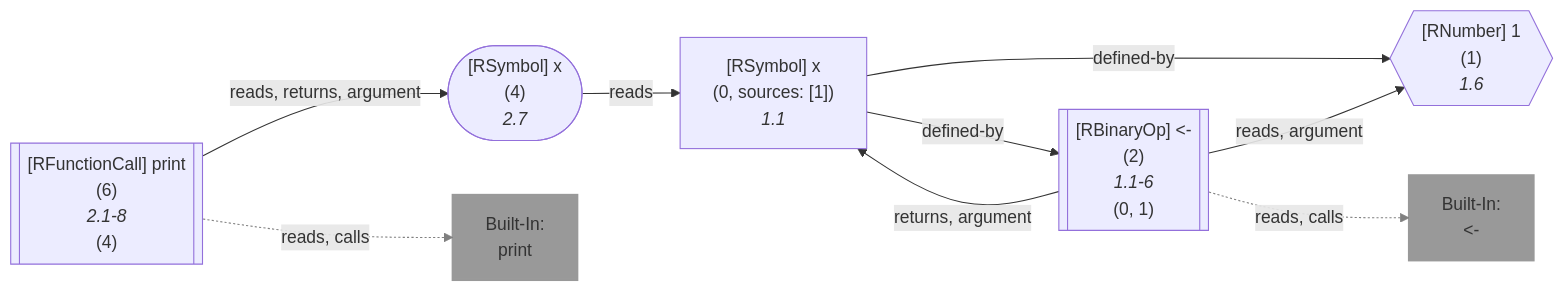
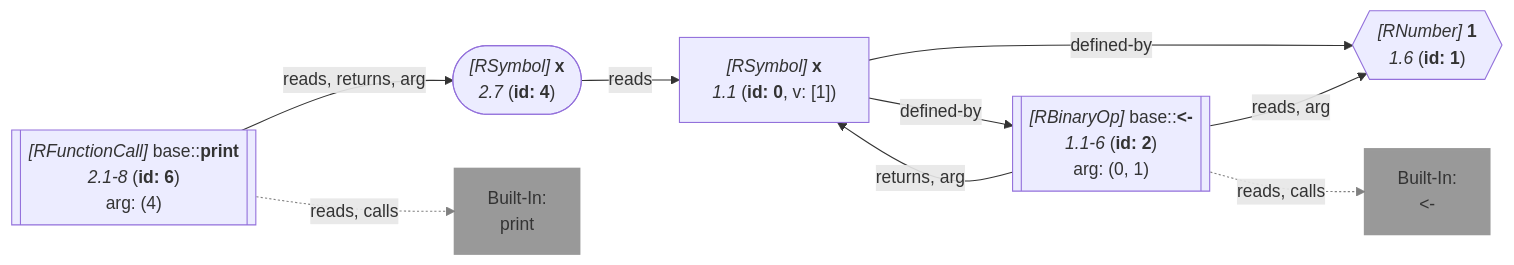
One commit to flowr-analysis/flowr changed diagram 18 of 21 in wiki/Query API.md. Above: the diagram before and after it, drawn with Mermaid. The commit also changed other lines of this file and 228 other files, not shown here.

````diff
--- a/wiki/Query API.md
+++ b/wiki/Query API.md
@@ -6375,37 +6215,32 @@
 ```mermaid
 flowchart LR
-    1{{"`#91;RNumber#93; 1
-      (1)
-      *1.6*`"}}
+    1{{"`*#91;RNumber#93;* **1**
+      *1.6* (**id: 1**)`"}}
    %% No edges found for 1
-    0["`#91;RSymbol#93; x
-      (0, sources: [1])
-      *1.1*`"]
-    2[["`#91;RBinaryOp#93; #60;#45;
-      (2)
-      *1.1-6*
-    (0, 1)`"]]
+    0["`*#91;RSymbol#93;* **x**
+      *1.1* (**id: 0**, v: [1])`"]
+    2[["`*#91;RBinaryOp#93;* base#58;#58;**#60;#45;**
+      *1.1-6* (**id: 2**)
+    arg: (0, 1)`"]]
     built-in:_-["`Built-In:
 #60;#45;`"]
     style built-in:_- stroke:gray,fill:gray,stroke-width:2px,opacity:.8;
-    4(["`#91;RSymbol#93; x
-      (4)
-      *2.7*`"])
-    6[["`#91;RFunctionCall#93; print
-      (6)
-      *2.1-8*
-    (4)`"]]
+    4(["`*#91;RSymbol#93;* **x**
+      *2.7* (**id: 4**)`"])
+    6[["`*#91;RFunctionCall#93;* base#58;#58;**print**
+      *2.1-8* (**id: 6**)
+    arg: (4)`"]]
     built-in:print["`Built-In:
 print`"]
     style built-in:print stroke:gray,fill:gray,stroke-width:2px,opacity:.8;
     0 -->|"defined-by"| 1
     0 -->|"defined-by"| 2
-    2 -->|"reads, argument"| 1
-    2 -->|"returns, argument"| 0
+    2 -->|"reads, arg"| 1
+    2 -->|"returns, arg"| 0
     2 -.->|"reads, calls"| built-in:_-
     linkStyle 4 stroke:gray;
     4 -->|"reads"| 0
-    6 -->|"reads, returns, argument"| 4
+    6 -->|"reads, returns, arg"| 4
     6 -.->|"reads, calls"| built-in:print
     linkStyle 7 stroke:gray;
 ```
````
